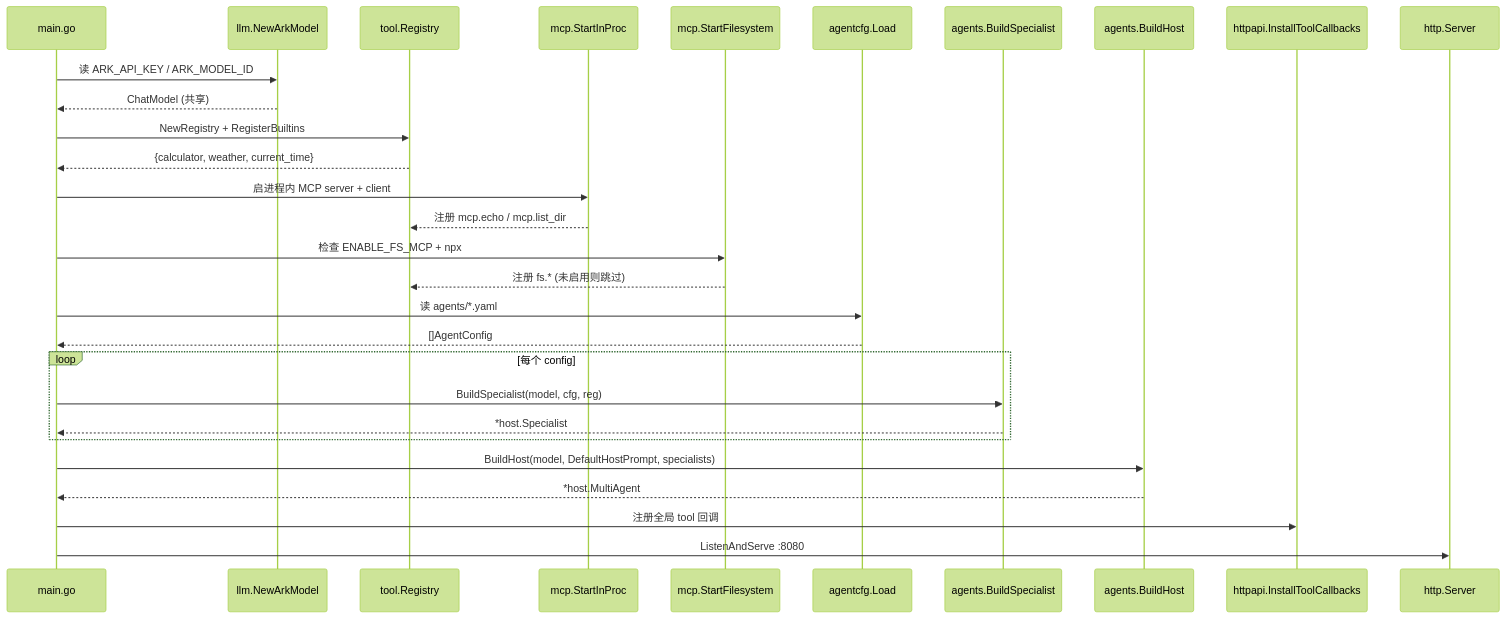
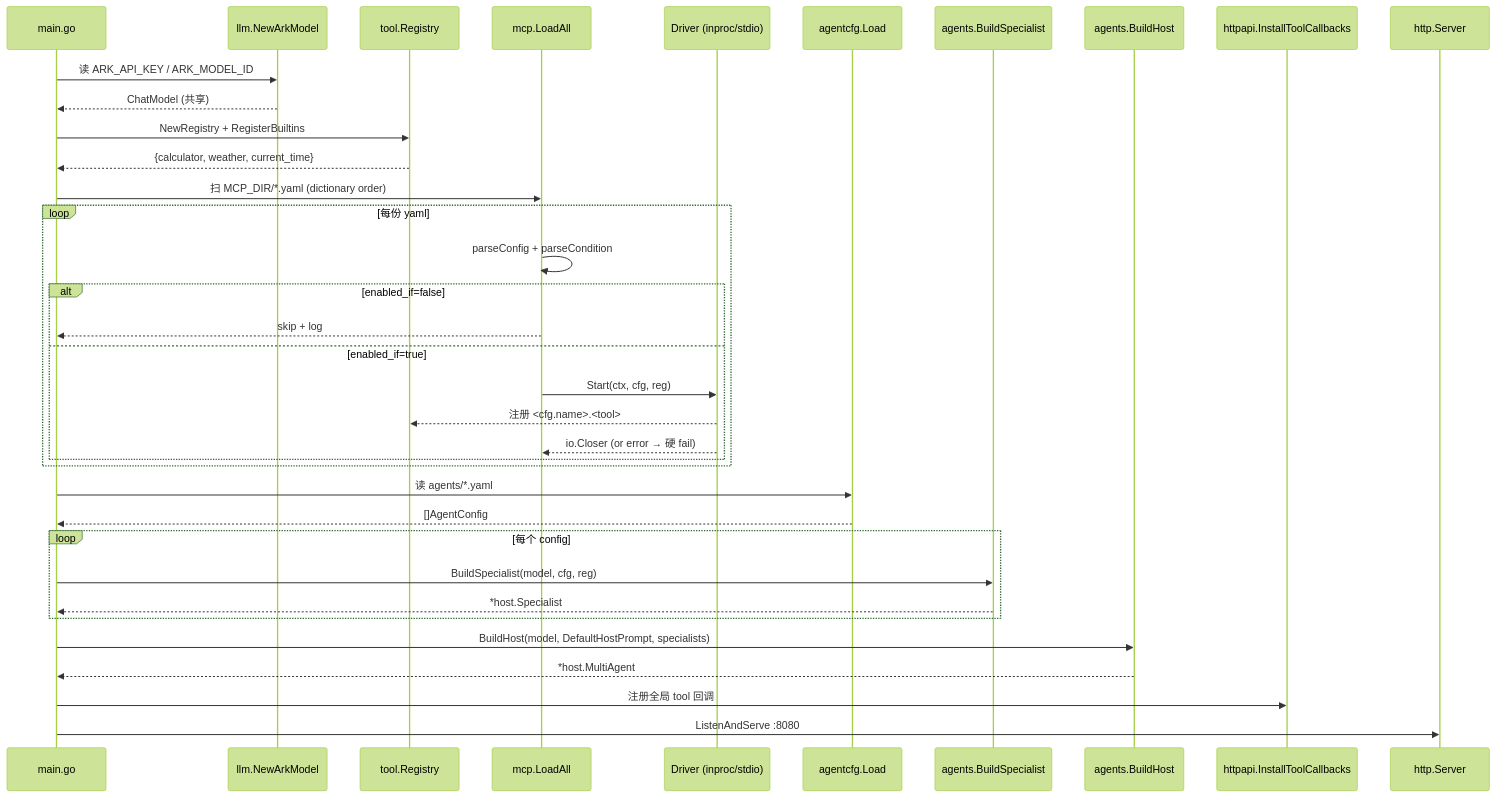
Before and after one commit to mlliu920423-beep/first-agentInK8s: the second of 4 diagrams in ARCHITECTURE.md, drawn with Mermaid (forest theme). The commit also changed other lines of this file and 19 other files, not shown here.

First line of the commit message:
feat(mcp): 声明式加载 + driver 抽象（phase 1）(#6)

````diff
--- a/ARCHITECTURE.md
+++ b/ARCHITECTURE.md
@@ -111,32 +111,39 @@
 ```mermaid
 sequenceDiagram
   participant M as main.go
   participant LLM as llm.NewArkModel
   participant Reg as tool.Registry
-  participant MCPin as mcp.StartInProc
-  participant MCPfs as mcp.StartFilesystem
+  participant Loader as mcp.LoadAll
+  participant Drv as Driver (inproc/stdio)
   participant Cfg as agentcfg.Load
   participant Build as agents.BuildSpecialist
   participant Host as agents.BuildHost
   participant CB as httpapi.InstallToolCallbacks
   participant HTTP as http.Server
 
   M->>LLM: 读 ARK_API_KEY / ARK_MODEL_ID
   LLM-->>M: ChatModel (共享)
   M->>Reg: NewRegistry + RegisterBuiltins
   Reg-->>M: {calculator, weather, current_time}
-  M->>MCPin: 启进程内 MCP server + client
-  MCPin-->>Reg: 注册 mcp.echo / mcp.list_dir
-  M->>MCPfs: 检查 ENABLE_FS_MCP + npx
-  MCPfs-->>Reg: 注册 fs.* (未启用则跳过)
+  M->>Loader: 扫 MCP_DIR/*.yaml (dictionary order)
+  loop 每份 yaml
+    Loader->>Loader: parseConfig + parseCondition
+    alt enabled_if=false
+      Loader-->>M: skip + log
+    else enabled_if=true
+      Loader->>Drv: Start(ctx, cfg, reg)
+      Drv-->>Reg: 注册 <cfg.name>.<tool>
+      Drv-->>Loader: io.Closer (or error → 硬 fail)
+    end
+  end
   M->>Cfg: 读 agents/*.yaml
   Cfg-->>M: []AgentConfig
   loop 每个 config
     M->>Build: BuildSpecialist(model, cfg, reg)
     Build-->>M: *host.Specialist
   end
   M->>Host: BuildHost(model, DefaultHostPrompt, specialists)
   Host-->>M: *host.MultiAgent
   M->>CB: 注册全局 tool 回调
   M->>HTTP: ListenAndServe :8080
 ```
````
